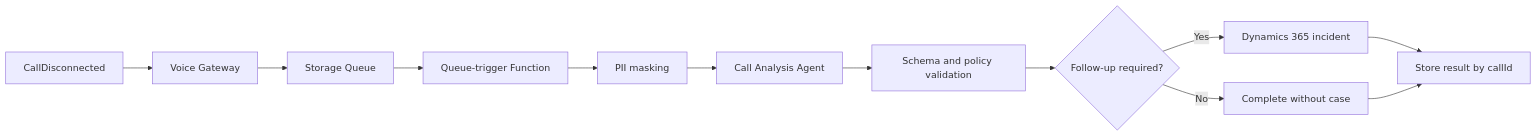
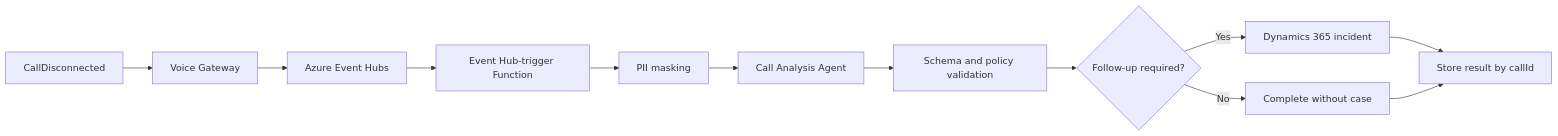
Before and after one commit to Liminghao0922/workshop-intelligent-customer-operations: the diagram in docs/modules/module04-post-call-analysis/index.md, drawn with Mermaid. The commit also changed other lines of this file and 46 other files, not shown here.

````diff
--- a/docs/modules/module04-post-call-analysis/index.md
+++ b/docs/modules/module04-post-call-analysis/index.md
@@ -9,14 +9,14 @@
 ```mermaid
 flowchart LR
     End[CallDisconnected] --> Gateway[Voice Gateway]
-    Gateway --> Queue[Storage Queue]
-    Queue --> Function[Queue-trigger Function]
+    Gateway --> EventHub[Azure Event Hubs]
+    EventHub --> Function[Event Hub-trigger Function]
     Function --> Mask[PII masking]
     Mask --> Agent[Call Analysis Agent]
     Agent --> Validate[Schema and policy validation]
     Validate --> Decision{Follow-up required?}
     Decision -->|Yes| Case[Dynamics 365 incident]
     Decision -->|No| Complete[Complete without case]
     Case --> Result[Store result by callId]
     Complete --> Result
 ```
````
